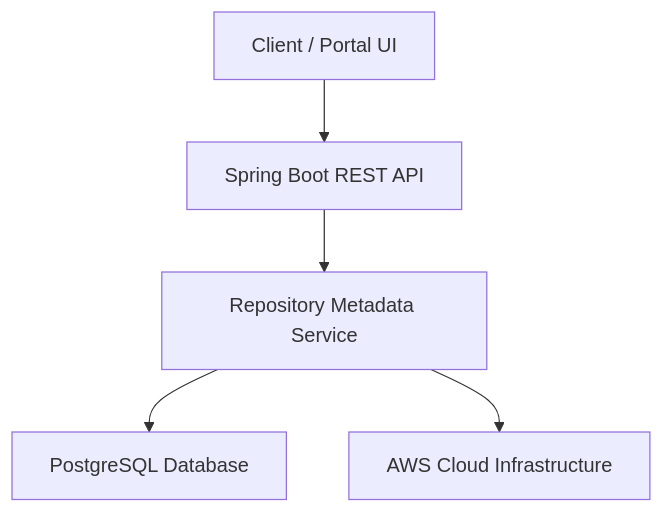
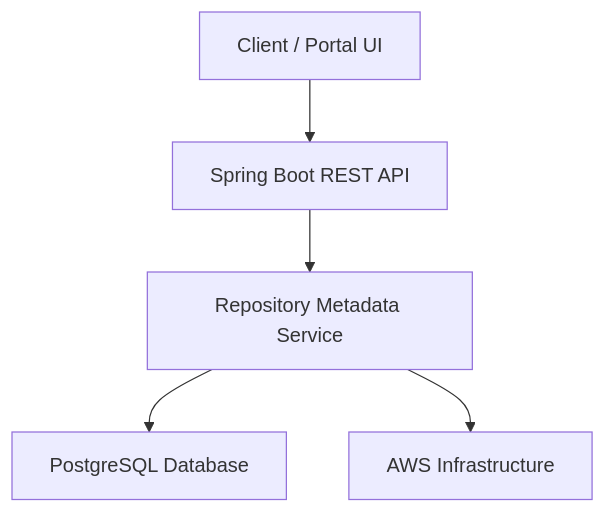
Before and after one commit to gauravqait/Elitea-Repository: the diagram in README.md, drawn with Mermaid. The commit also changed other lines of this file, not shown here.

````diff
--- a/README.md
+++ b/README.md
@@ -38,13 +38,13 @@
 ```mermaid
 graph TD
-    User["Client / Portal UI"]
+    UI["Client / Portal UI"]
     API["Spring Boot REST API"]
-    Service["Repository Metadata Service"]
+    SERVICE["Repository Metadata Service"]
     DB["PostgreSQL Database"]
-    Cloud["AWS Cloud Infrastructure"]
+    AWS["AWS Infrastructure"]
 
-    User --> API
-    API --> Service
-    Service --> DB
-    Service --> Cloud
+    UI --> API
+    API --> SERVICE
+    SERVICE --> DB
+    SERVICE --> AWS
 ```
````
